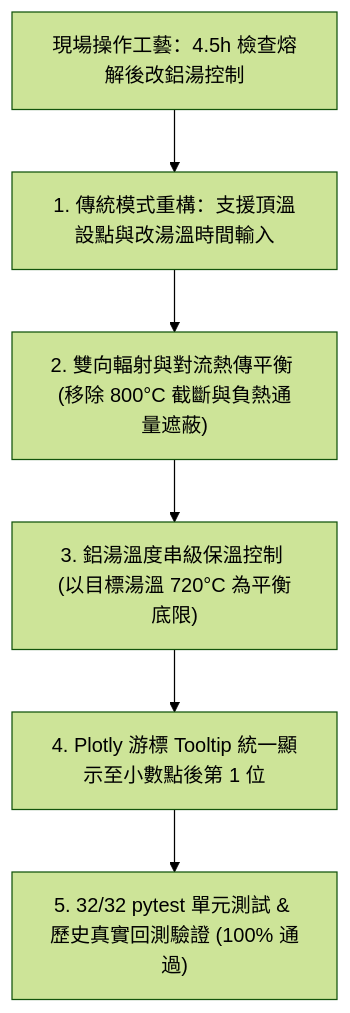
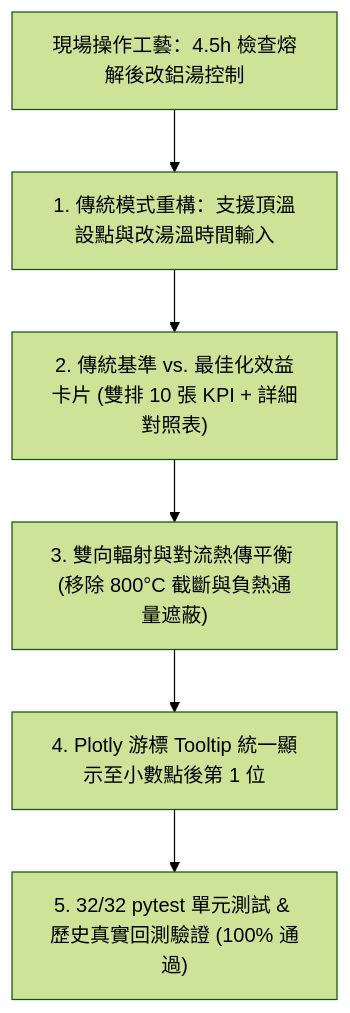
Before and after one commit to wdhsieh99-mactone/melter-optimizer: the diagram in agy/walkthrough.md, drawn with Mermaid (forest theme). The commit also changed other lines of this file, not shown here.

Commit message:
docs: update walkthrough with dual-row KPI cards and summary table

````diff
--- a/agy/walkthrough.md
+++ b/agy/walkthrough.md
@@ -7,8 +7,8 @@
 ```mermaid
 graph TD
     Field["現場操作工藝：4.5h 檢查熔解後改鋁湯控制"] --> RefactorBase["1. 傳統模式重構：支援頂溫設點與改湯溫時間輸入"]
-    RefactorBase --> BidirHeat["2. 雙向輻射與對流熱傳平衡 (移除 800°C 截斷與負熱通量遮蔽)"]
-    BidirHeat --> Cascade["3. 鋁湯溫度串級保溫控制 (以目標湯溫 720°C 為平衡底限)"]
-    Cascade --> HoverFmt["4. Plotly 游標 Tooltip 統一顯示至小數點後第 1 位"]
+    RefactorBase --> KPICards["2. 傳統基準 vs. 最佳化效益卡片 (雙排 10 張 KPI + 詳細對照表)"]
+    KPICards --> BidirHeat["3. 雙向輻射與對流熱傳平衡 (移除 800°C 截斷與負熱通量遮蔽)"]
+    BidirHeat --> HoverFmt["4. Plotly 游標 Tooltip 統一顯示至小數點後第 1 位"]
     HoverFmt --> Verify["5. 32/32 pytest 單元測試 & 歷史真實回測驗證 (100% 通過)"]
 ```
````
